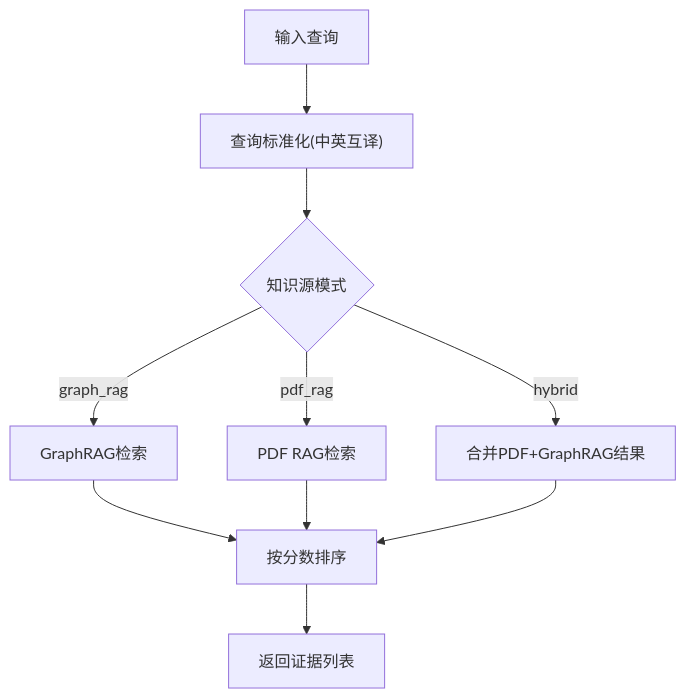
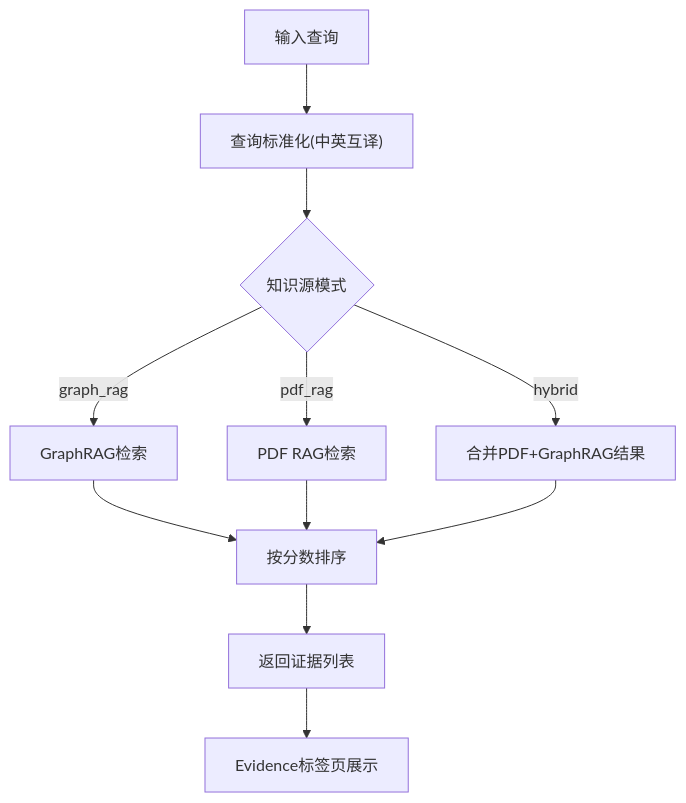
Before and after one commit to wsqstar/RoadGen3D: the seventh of 8 diagrams in .qoder/repowiki/zh/content/Web界面系统/工作台界面/LLM对话面板.md, drawn with Mermaid. The commit also changed other lines of this file and 8 other files, not shown here.

````diff
--- a/.qoder/repowiki/zh/content/Web界面系统/工作台界面/LLM对话面板.md
+++ b/.qoder/repowiki/zh/content/Web界面系统/工作台界面/LLM对话面板.md
@@ -263,12 +352,13 @@
 ```mermaid
 flowchart TD
 Q["输入查询"] --> Normalize["查询标准化(中英互译)"]
 Normalize --> Mode{"知识源模式"}
 Mode -- graph_rag --> GR["GraphRAG检索"]
 Mode -- hybrid --> Merge["合并PDF+GraphRAG结果"]
 Mode -- pdf_rag --> PR["PDF RAG检索"]
 GR --> Sort["按分数排序"]
 PR --> Sort
 Merge --> Sort
 Sort --> Out["返回证据列表"]
+Out --> EvidenceTab["Evidence标签页展示"]
 ```
````
